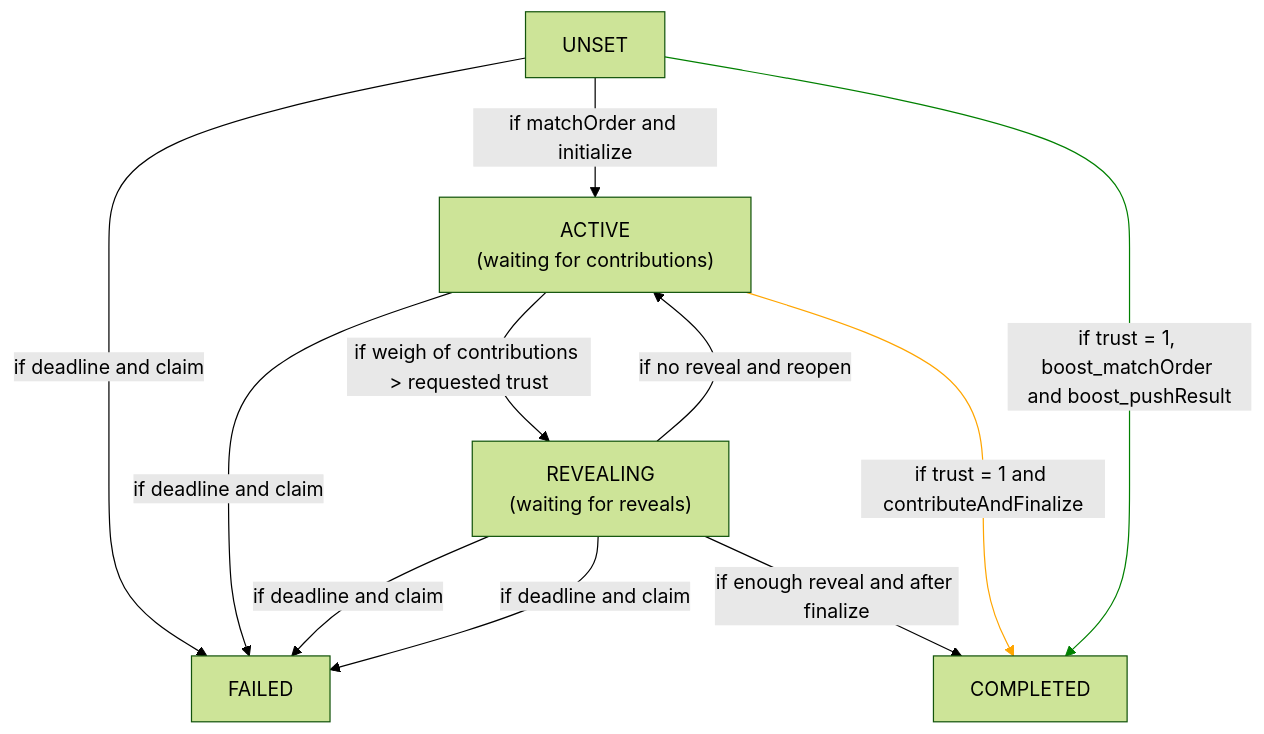
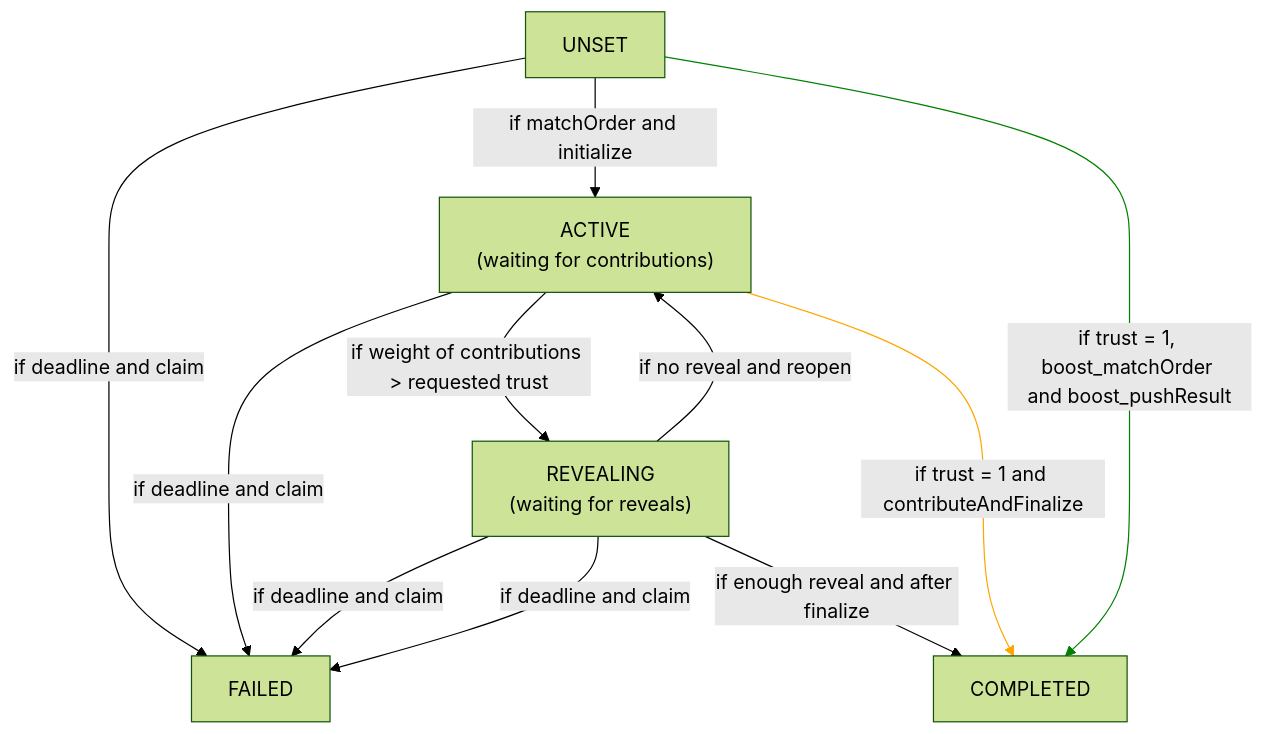
The first of 2 diagrams in docs/diagrams.md (iExecBlockchainComputing/PoCo), drawn with Mermaid (forest theme) before and after one commit. The commit also changed 2 other files, not shown here.

Commit message:
chore: Apply Copilot suggestions

````diff
--- a/docs/diagrams.md
+++ b/docs/diagrams.md
@@ -13,15 +13,15 @@
 ```mermaid
 flowchart TB
     UNSET --> |if deadline and claim| FAILED
     UNSET --> |if matchOrder and initialize| ACTIVE
-    ACTIVE["ACTIVE <br> (waiting for contributions)"] --> |if weigh of contributions > requested trust| REVEALING
+    ACTIVE["ACTIVE <br> (waiting for contributions)"] --> |if weight of contributions > requested trust| REVEALING
     ACTIVE --> |if deadline and claim| FAILED
     REVEALING["REVEALING <br> (waiting for reveals)"] --> |if deadline and claim| FAILED
     REVEALING --> |if deadline and claim| FAILED
     REVEALING --> |if no reveal and reopen| ACTIVE
     REVEALING --> |if enough reveal and after finalize| COMPLETED
     ACTIVE --> |if trust = 1 and contributeAndFinalize| COMPLETED
     linkStyle 8 stroke:orange
     UNSET --> |if trust = 1, boost_matchOrder <br>and boost_pushResult| COMPLETED
     linkStyle 9 stroke:green
 ```
````
